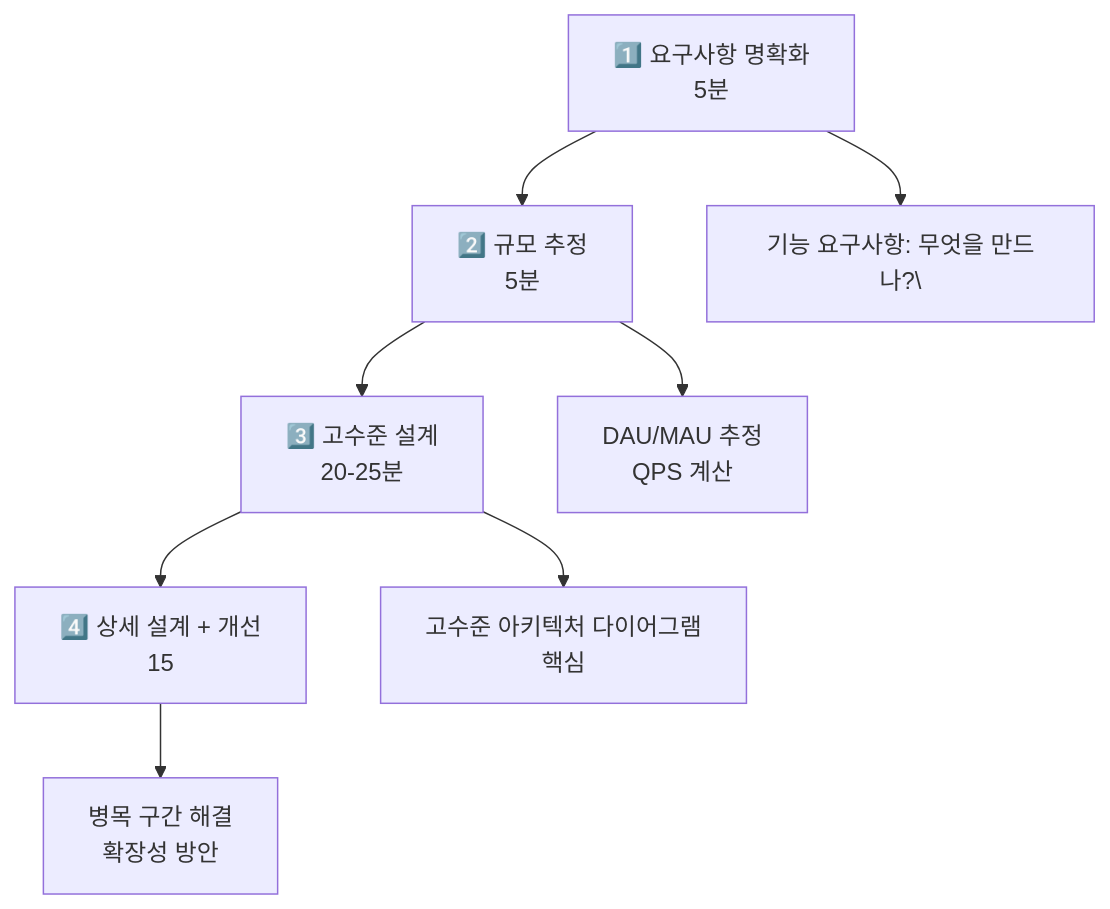
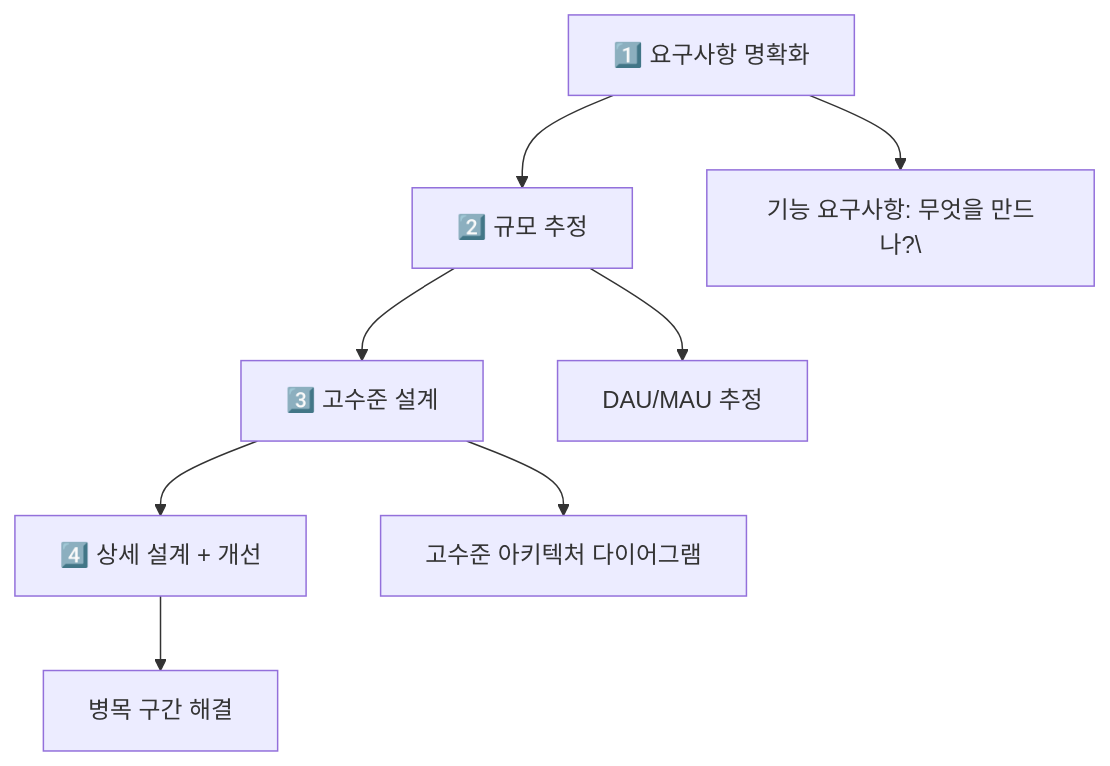
One commit to yjkim2015/yjkim2015.github.io changed diagram 16 of 17 in _posts/systemdesign/2026-05-02-system-design-fundamentals.md. Above: the diagram before and after it, drawn with Mermaid. The commit also changed other lines of this file and 217 other files, not shown here.

First line of the commit message:
Mermaid 크기 수정: useMaxWidth:true + SVG max-width:100% + 라벨 축소

````diff
--- a/_posts/systemdesign/2026-05-02-system-design-fundamentals.md
+++ b/_posts/systemdesign/2026-05-02-system-design-fundamentals.md
@@ -539,10 +539,10 @@
 ```mermaid
 graph TD
-    Step1["1️⃣ 요구사항 명확화\n5분"] --> Step2["2️⃣ 규모 추정\n5분"]
-    Step2 --> Step3["3️⃣ 고수준 설계\n20-25분"]
-    Step3 --> Step4["4️⃣ 상세 설계 + 개선\n15"]
+    Step1["1️⃣ 요구사항 명확화"] --> Step2["2️⃣ 규모 추정"]
+    Step2 --> Step3["3️⃣ 고수준 설계"]
+    Step3 --> Step4["4️⃣ 상세 설계 + 개선"]
     Step1 --> Q1["기능 요구사항: 무엇을 만드나?\"]
-    Step2 --> Q2["DAU/MAU 추정\nQPS 계산"]
-    Step3 --> Q3["고수준 아키텍처 다이어그램\n핵심"]
-    Step4 --> Q4["병목 구간 해결\n확장성 방안\n"]
+    Step2 --> Q2["DAU/MAU 추정"]
+    Step3 --> Q3["고수준 아키텍처 다이어그램"]
+    Step4 --> Q4["병목 구간 해결"]
 ```
````
